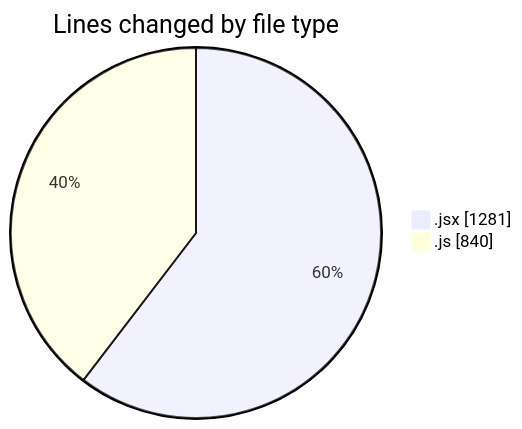
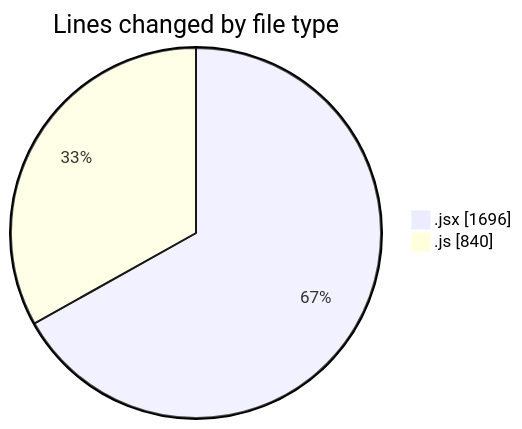
Before and after one commit to nxtqubesakshisongat/code-tracking: the first of 2 diagrams in 2025-06-28/argos/README.md, drawn with Mermaid. The commit also changed other lines of this file and 1 other file, not shown here.

````diff
--- a/2025-06-28/argos/README.md
+++ b/2025-06-28/argos/README.md
@@ -24,6 +25,6 @@
 ```mermaid
 pie showData
 title Lines changed by file type
-".jsx" : 1281
+".jsx" : 1696
 ".js" : 840
 ```
````
